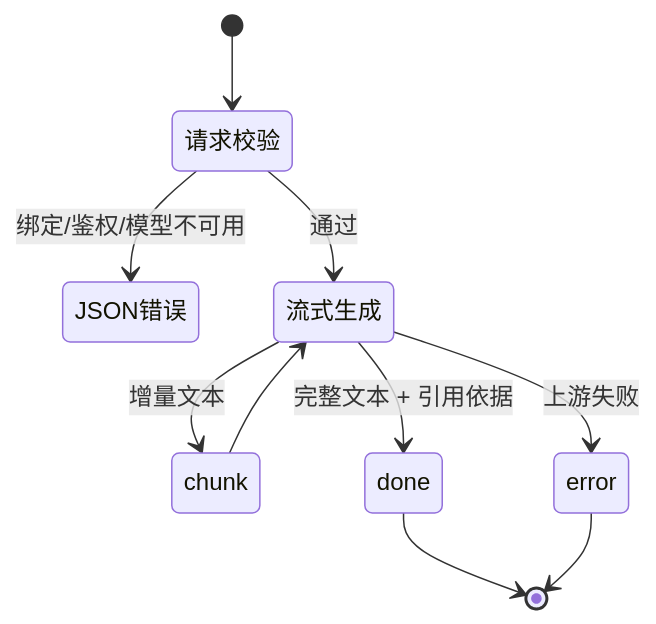
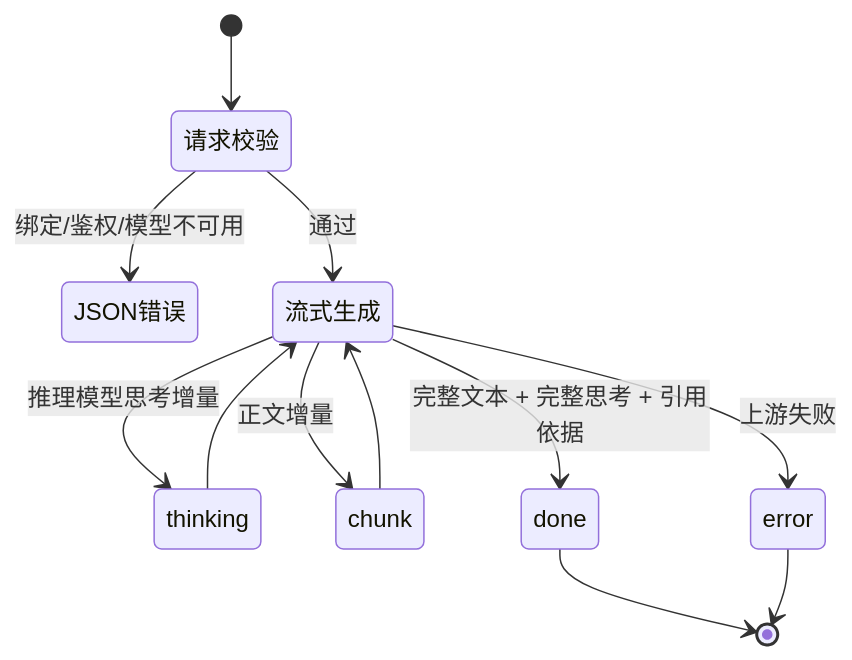
Before and after one commit to 2132691342/NovelWorkbench: the second of 2 diagrams in doc/api.md, drawn with Mermaid. The commit also changed other lines of this file and 76 other files, not shown here.

````diff
--- a/doc/api.md
+++ b/doc/api.md
@@ -511,12 +518,14 @@
 ```mermaid
 stateDiagram-v2
   [*] --> 请求校验
   请求校验 --> JSON错误: 绑定/鉴权/模型不可用
   请求校验 --> 流式生成: 通过
-  流式生成 --> chunk: 增量文本
+  流式生成 --> thinking: 推理模型思考增量
+  thinking --> 流式生成
+  流式生成 --> chunk: 正文增量
   chunk --> 流式生成
-  流式生成 --> done: 完整文本 + 引用依据
+  流式生成 --> done: 完整文本 + 完整思考 + 引用依据
   流式生成 --> error: 上游失败
   done --> [*]
   error --> [*]
 ```
````
